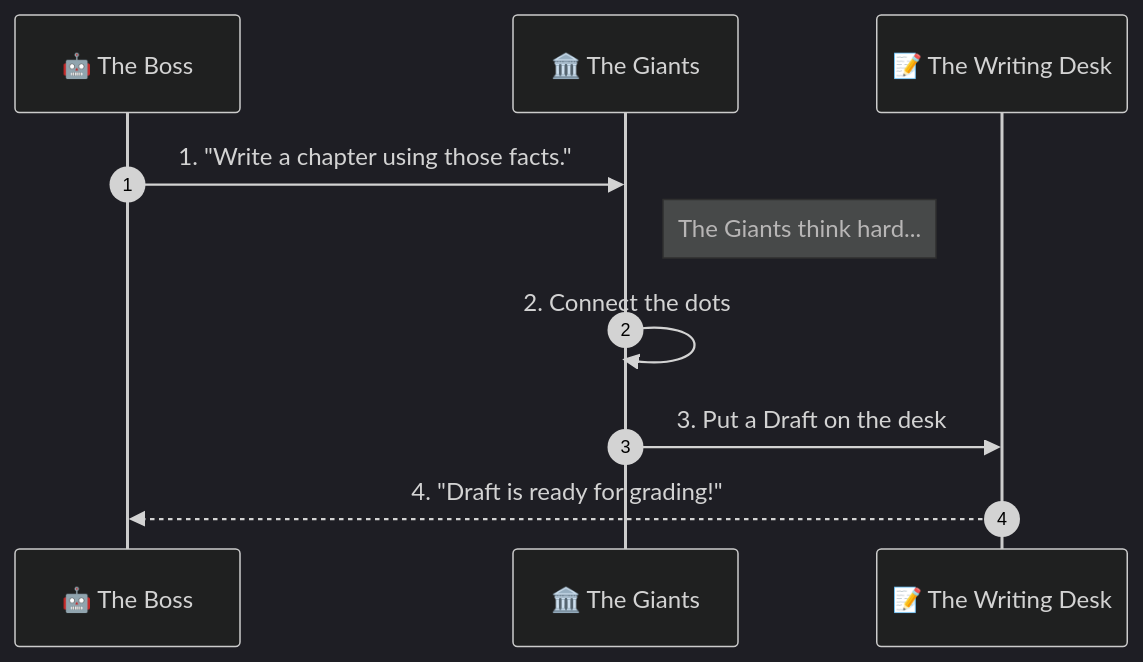
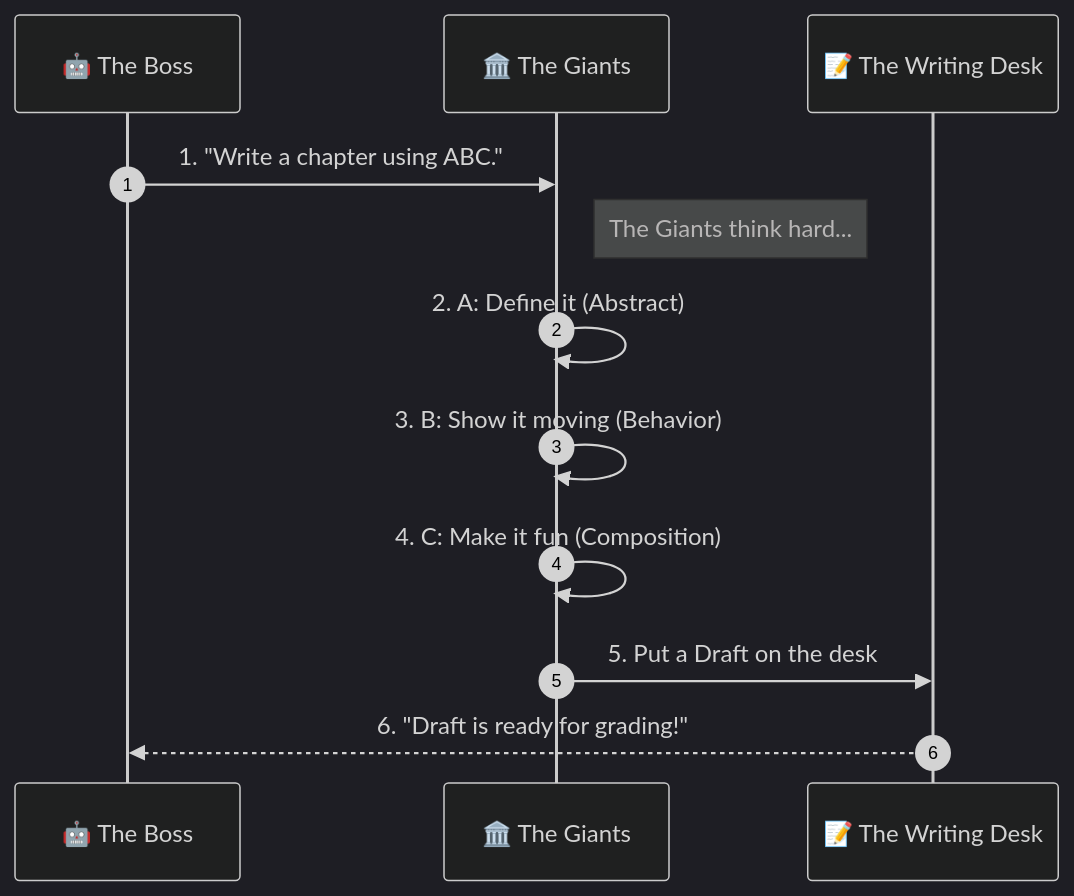
Before and after one commit to xlp0/PrologueOfSpacetime: the second of 3 diagrams in docs/workflows/README.md, drawn with Mermaid (dark theme). The commit also changed other lines of this file, not shown here.

Commit message:
Docs: Add CLM (Magic Cube) and ABC (Ruler) to Simplified Workflow

````diff
--- a/docs/workflows/README.md
+++ b/docs/workflows/README.md
@@ -61,15 +83,17 @@
 ```mermaid
 sequenceDiagram
     autonumber
     participant Boss as 🤖 The Boss
     participant Giants as 🏛️ The Giants
     participant Desk as 📝 The Writing Desk
 
-    Boss->>Giants: 1. "Write a chapter using those facts."
+    Boss->>Giants: 1. "Write a chapter using ABC."
     
     Note right of Giants: The Giants think hard...
-    Giants->>Giants: 2. Connect the dots
+    Giants->>Giants: 2. A: Define it (Abstract)
+    Giants->>Giants: 3. B: Show it moving (Behavior)
+    Giants->>Giants: 4. C: Make it fun (Composition)
     
-    Giants->>Desk: 3. Put a Draft on the desk
-    Desk-->>Boss: 4. "Draft is ready for grading!"
+    Giants->>Desk: 5. Put a Draft on the desk
+    Desk-->>Boss: 6. "Draft is ready for grading!"
 ```
````
